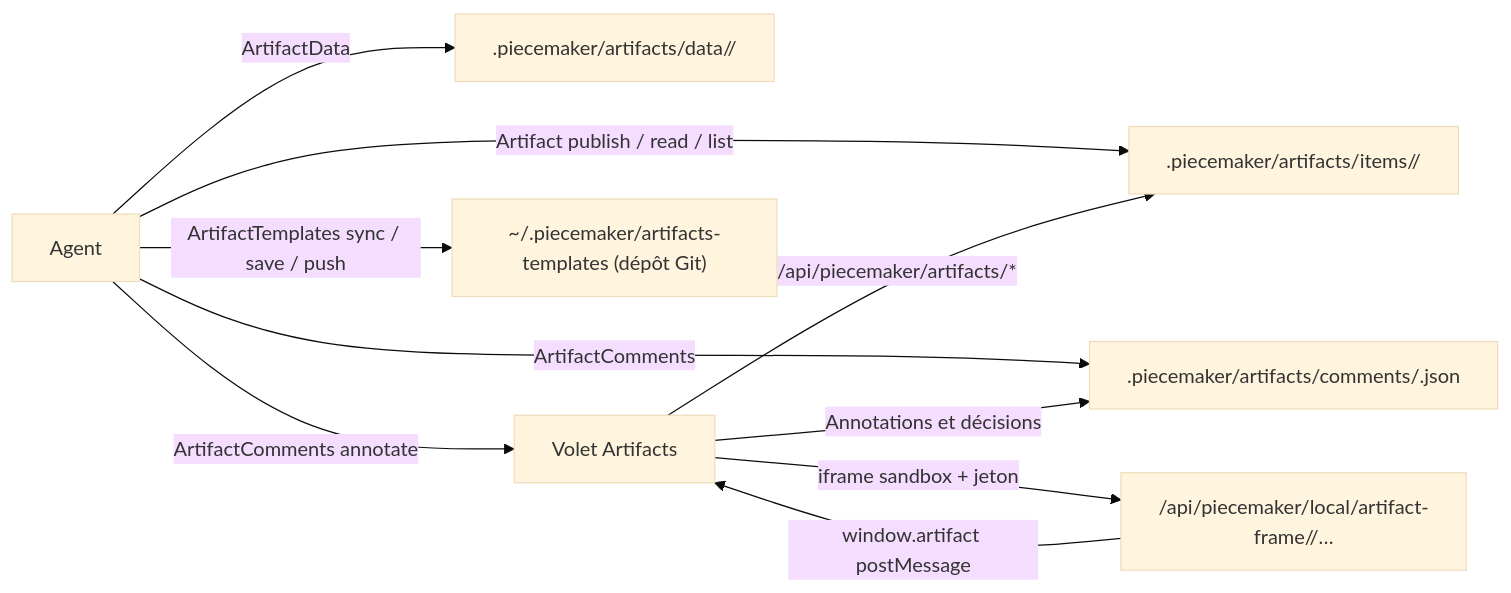
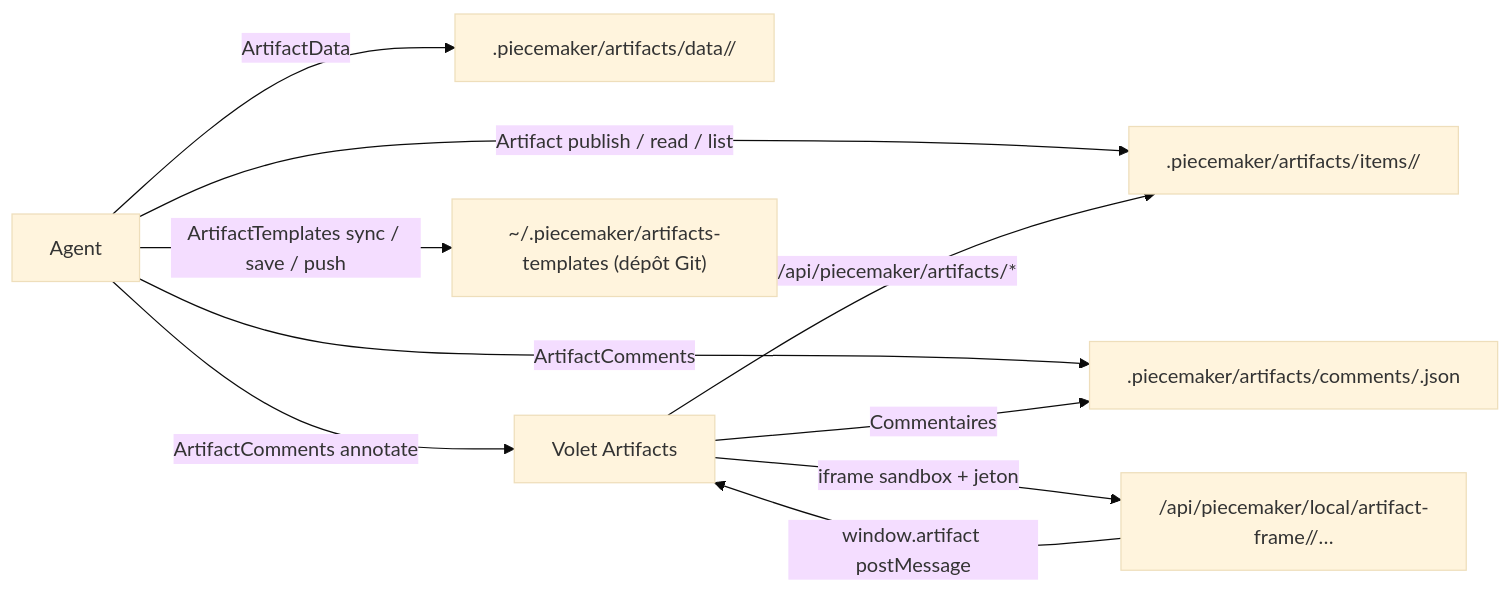
Before and after one commit to PieceMaker-Legal/piecemaker-droit-francais: the diagram in docs/artifacts.md, drawn with Mermaid (base theme). The commit also changed other lines of this file and 13 other files, not shown here.

````diff
--- a/docs/artifacts.md
+++ b/docs/artifacts.md
@@ -5,12 +5,12 @@
 ```mermaid
 flowchart LR
   A[Agent] -->|Artifact publish / read / list| S[".piecemaker/artifacts/items/<id>/"]
   A -->|ArtifactData| D[".piecemaker/artifacts/data/<id>/"]
   A -->|ArtifactComments| C[".piecemaker/artifacts/comments/<id>.json"]
   A -->|ArtifactComments annotate| O[Volet Artifacts]
-  O -->|Annotations et décisions| C
+  O -->|Commentaires| C
   A -->|ArtifactTemplates sync / save / push| T["~/.piecemaker/artifacts-templates (dépôt Git)"]
   O -->|/api/piecemaker/artifacts/*| S
   O -->|iframe sandbox + jeton| F["/api/piecemaker/local/artifact-frame/<jeton>/…"]
   F -->|window.artifact postMessage| O
 ```
````
